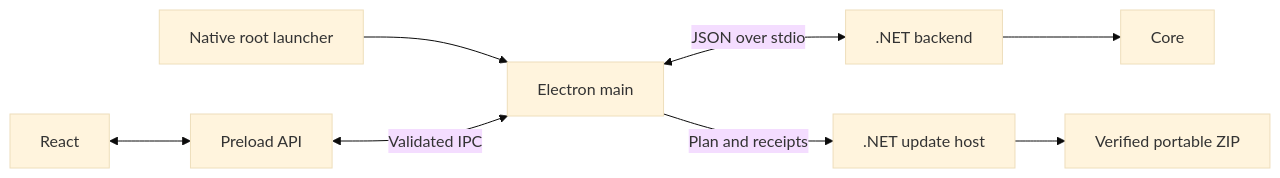
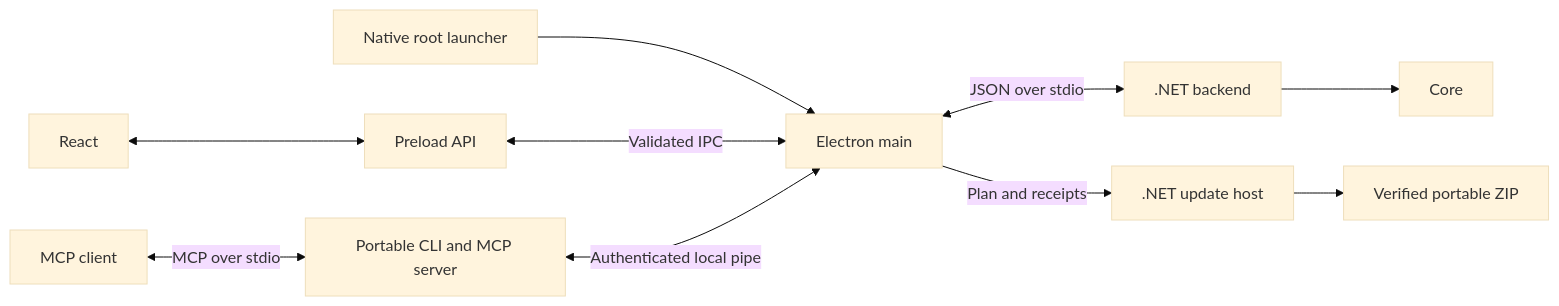
The diagram in ARCHITECTURE.md (bezoro/ahk-manager), drawn with Mermaid (base theme) before and after one commit. The commit also changed other lines of this file and 6 other files, not shown here.

Commit message:
docs: explain portable MCP use and command coverage

````diff
--- a/ARCHITECTURE.md
+++ b/ARCHITECTURE.md
@@ -5,10 +5,12 @@
 ```mermaid
 flowchart LR
   Launcher[Native root launcher] --> Main[Electron main]
   Renderer[React] <--> Preload[Preload API]
   Preload <-->|Validated IPC| Main
+  McpClient[MCP client] <-->|MCP over stdio| Agent[Portable CLI and MCP server]
+  Agent <-->|Authenticated local pipe| Main
   Main <-->|JSON over stdio| Backend[.NET backend]
   Backend --> Core[Core]
   Main -->|Plan and receipts| UpdateHost[.NET update host]
   UpdateHost --> Portable[Verified portable ZIP]
 ```
````
